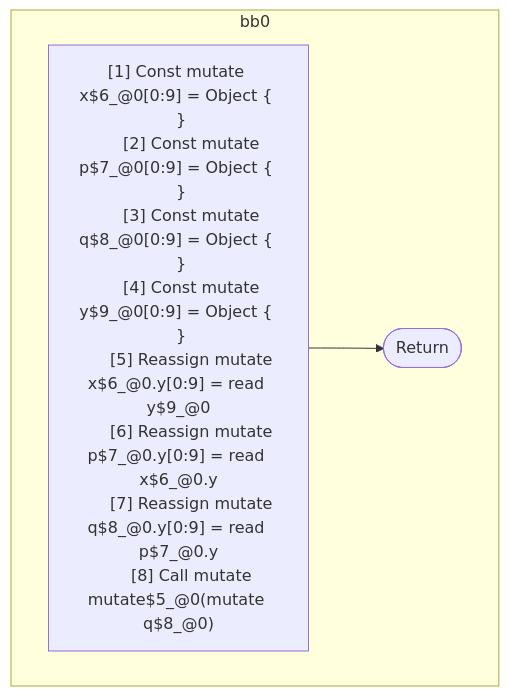
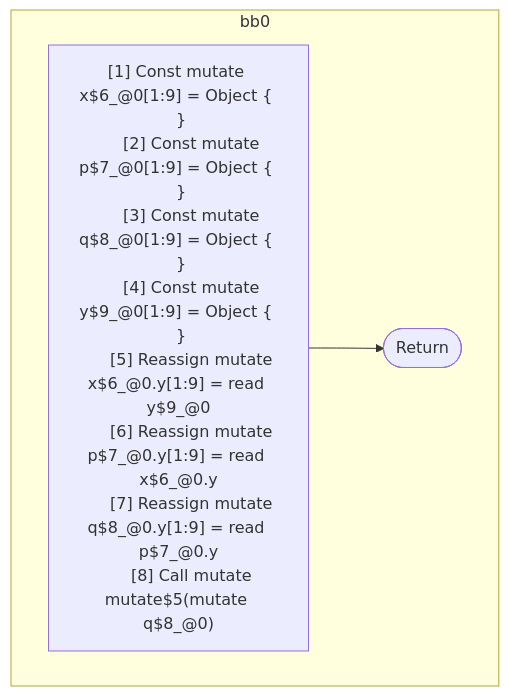
The diagram in compiler/forget/src/__tests__/fixtures/hir/transitive-alias-fields.expect.md (wutsmog/private), drawn with Mermaid before and after one commit. The commit also changed other lines of this file and 100 other files, not shown here.

````diff
--- a/compiler/forget/src/__tests__/fixtures/hir/transitive-alias-fields.expect.md
+++ b/compiler/forget/src/__tests__/fixtures/hir/transitive-alias-fields.expect.md
@@ -38,20 +58,20 @@
 ```mermaid
 flowchart TB
   %% Basic Blocks
   subgraph bb0
     bb0_instrs["
-      [1] Const mutate x$6_@0[0:9] = Object {  }
-      [2] Const mutate p$7_@0[0:9] = Object {  }
-      [3] Const mutate q$8_@0[0:9] = Object {  }
-      [4] Const mutate y$9_@0[0:9] = Object {  }
-      [5] Reassign mutate x$6_@0.y[0:9] = read y$9_@0
-      [6] Reassign mutate p$7_@0.y[0:9] = read x$6_@0.y
-      [7] Reassign mutate q$8_@0.y[0:9] = read p$7_@0.y
-      [8] Call mutate mutate$5_@0(mutate q$8_@0)
+      [1] Const mutate x$6_@0[1:9] = Object {  }
+      [2] Const mutate p$7_@0[1:9] = Object {  }
+      [3] Const mutate q$8_@0[1:9] = Object {  }
+      [4] Const mutate y$9_@0[1:9] = Object {  }
+      [5] Reassign mutate x$6_@0.y[1:9] = read y$9_@0
+      [6] Reassign mutate p$7_@0.y[1:9] = read x$6_@0.y
+      [7] Reassign mutate q$8_@0.y[1:9] = read p$7_@0.y
+      [8] Call mutate mutate$5(mutate q$8_@0)
     "]
     bb0_instrs --> bb0_terminal(["Return"])
   end
 
   %% Jumps
   %% empty
 ```
````
